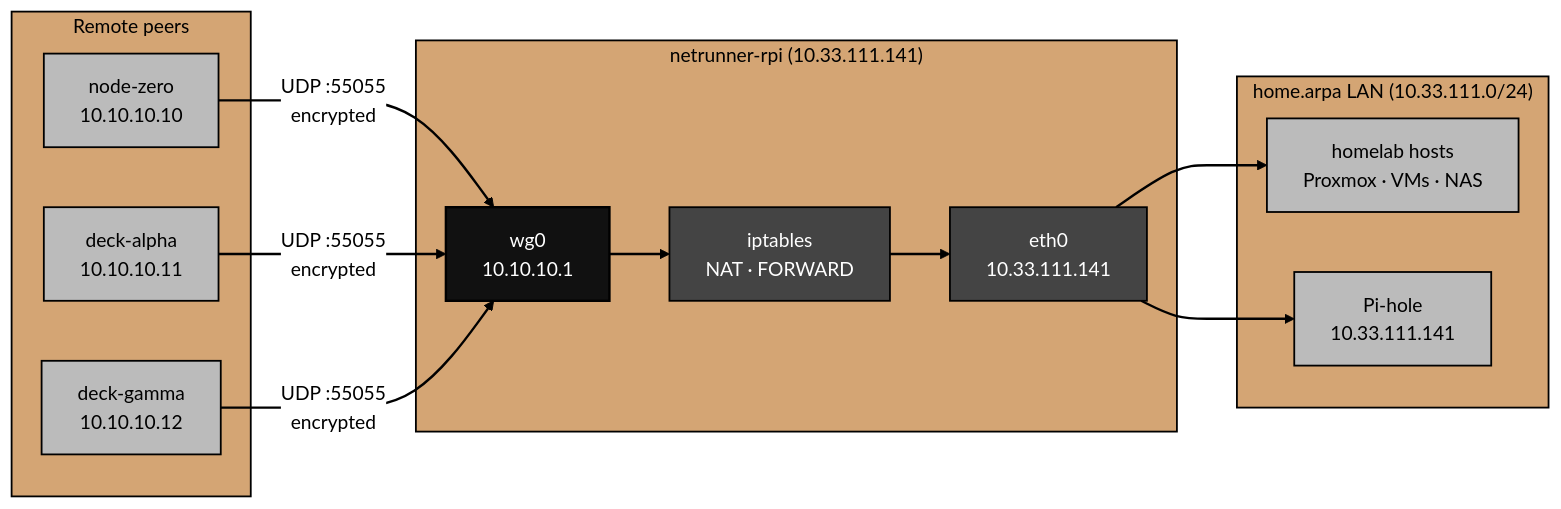
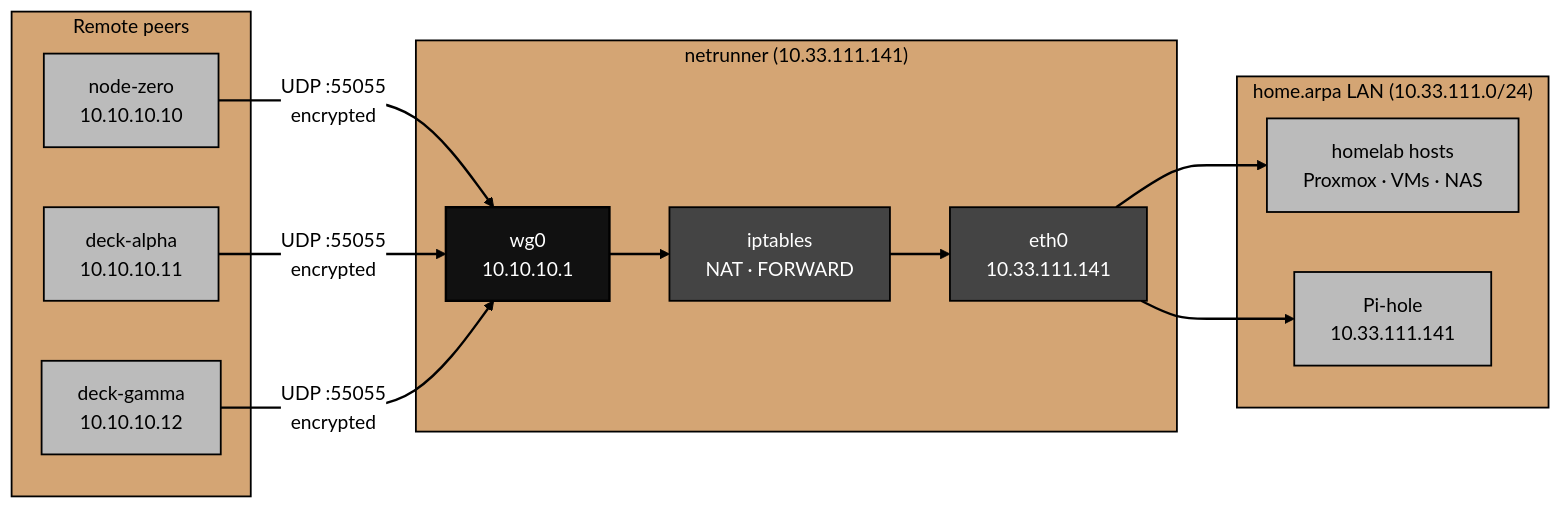
Before and after one commit to arpatek/home.arpa: the diagram in wireguard/docs/architecture.md, drawn with Mermaid (neutral theme). The commit also changed other lines of this file and 53 other files, not shown here.

````diff
--- a/wireguard/docs/architecture.md
+++ b/wireguard/docs/architecture.md
@@ -36,36 +36,36 @@
 ```mermaid
 flowchart LR
     subgraph PEERS["Remote peers"]
         NZ["node-zero\n10.10.10.10"]
         DA["deck-alpha\n10.10.10.11"]
         DG["deck-gamma\n10.10.10.12"]
     end
 
-    subgraph RPI["netrunner-rpi (10.33.111.141)"]
+    subgraph RPI["netrunner (10.33.111.141)"]
         WG["wg0\n10.10.10.1"]
         IPT["iptables\nNAT · FORWARD"]
         ETH["eth0\n10.33.111.141"]
         WG --> IPT --> ETH
     end
 
     subgraph LAN["home.arpa LAN (10.33.111.0/24)"]
         HOSTS["homelab hosts\nProxmox · VMs · NAS"]
         DNS["Pi-hole\n10.33.111.141"]
     end
 
     NZ & DA & DG -->|"UDP :55055\nencrypted"| WG
     ETH --> HOSTS
     ETH --> DNS
 
     linkStyle default stroke:#000000,stroke-width:2px;
 
     classDef core      fill:#111111,stroke:#000000,color:#ffffff,stroke-width:2px;
     classDef service   fill:#444444,stroke:#000000,color:#ffffff,stroke-width:1.5px;
     classDef external  fill:#bbbbbb,stroke:#000000,color:#000000,stroke-width:1.5px;
     classDef hostlabel fill:#d4a574,stroke:#000000,color:#000000,stroke-width:1.5px;
 
     class WG core;
     class IPT,ETH service;
     class NZ,DA,DG,HOSTS,DNS external;
     class PEERS,RPI,LAN hostlabel;
 ```
````
